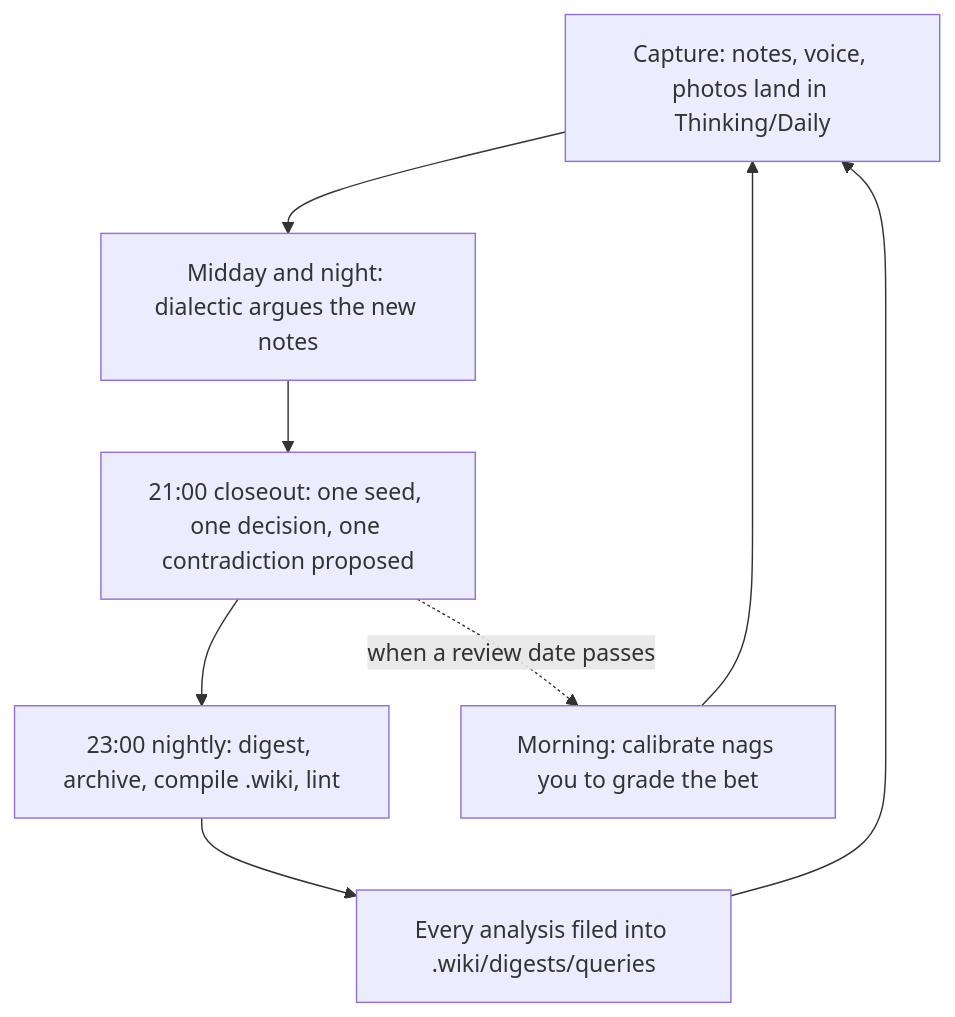
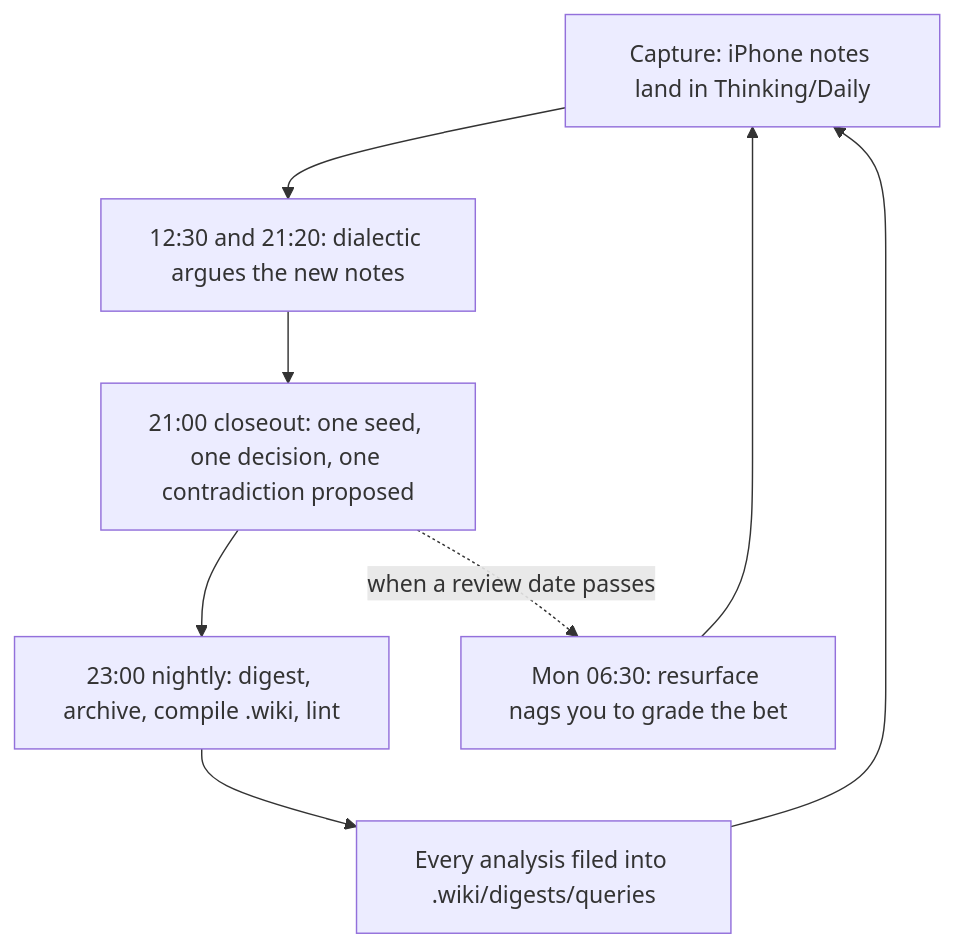
The second of 2 diagrams in README.md (ezapmar/brainless-public), drawn with Mermaid before and after one commit. The commit also changed other lines of this file and 11 other files, not shown here.

````diff
--- a/README.md
+++ b/README.md
@@ -272,10 +261,10 @@
 ```mermaid
 flowchart TD
-  A["Capture: notes, voice, photos land in Thinking/Daily"] --> B["Midday and night: dialectic argues the new notes"]
+  A["Capture: iPhone notes land in Thinking/Daily"] --> B["12:30 and 21:20: dialectic argues the new notes"]
   B --> C["21:00 closeout: one seed, one decision, one contradiction proposed"]
   C --> D["23:00 nightly: digest, archive, compile .wiki, lint"]
   D --> E["Every analysis filed into .wiki/digests/queries"]
   E --> A
-  C -.->|when a review date passes| F["Morning: calibrate nags you to grade the bet"]
+  C -.->|when a review date passes| F["Mon 06:30: resurface nags you to grade the bet"]
   F --> A
 ```
````
